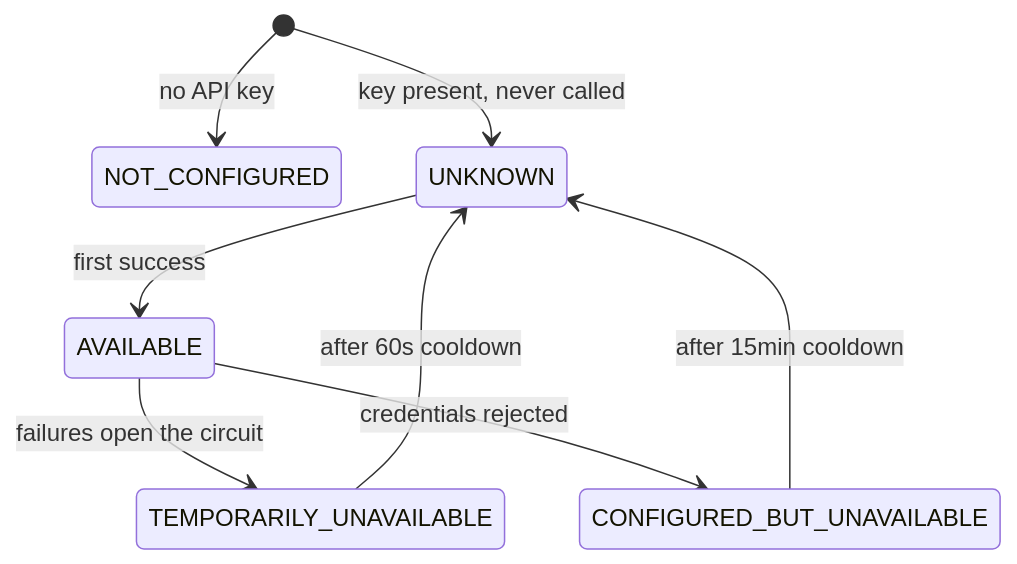
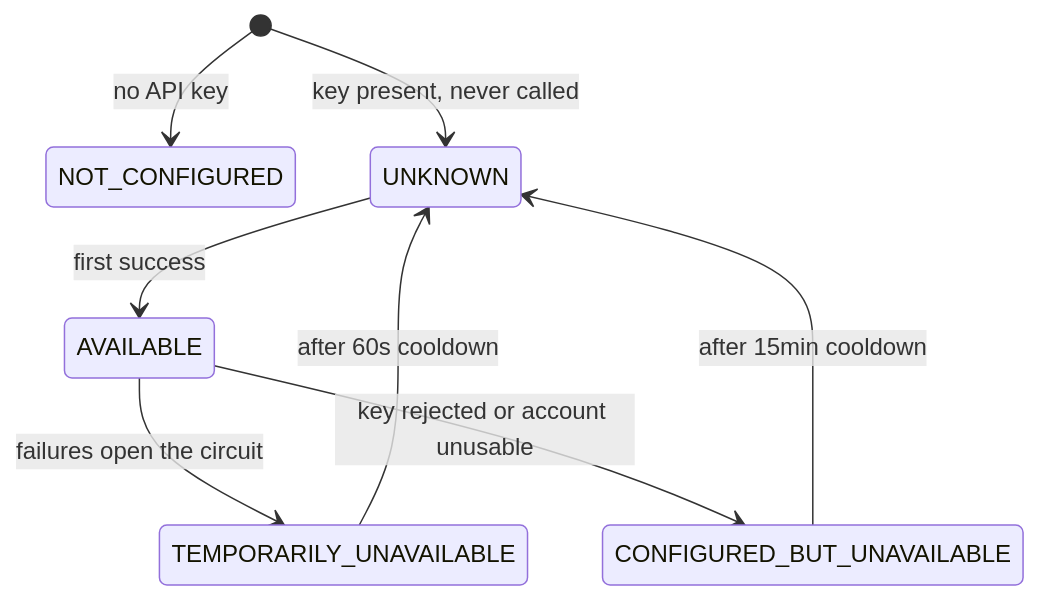
Before and after one commit to Omkar-Gavade/NexusAI: the eighth of 10 diagrams in docs/PROJECT-GUIDE.md, drawn with Mermaid. The commit also changed other lines of this file, not shown here.

````diff
--- a/docs/PROJECT-GUIDE.md
+++ b/docs/PROJECT-GUIDE.md
@@ -628,10 +675,10 @@
 ```mermaid
 stateDiagram-v2
     [*] --> NOT_CONFIGURED: no API key
     [*] --> UNKNOWN: key present, never called
     UNKNOWN --> AVAILABLE: first success
     AVAILABLE --> TEMPORARILY_UNAVAILABLE: failures open the circuit
     TEMPORARILY_UNAVAILABLE --> UNKNOWN: after 60s cooldown
-    AVAILABLE --> CONFIGURED_BUT_UNAVAILABLE: credentials rejected
+    AVAILABLE --> CONFIGURED_BUT_UNAVAILABLE: key rejected or account unusable
     CONFIGURED_BUT_UNAVAILABLE --> UNKNOWN: after 15min cooldown
 ```
````
